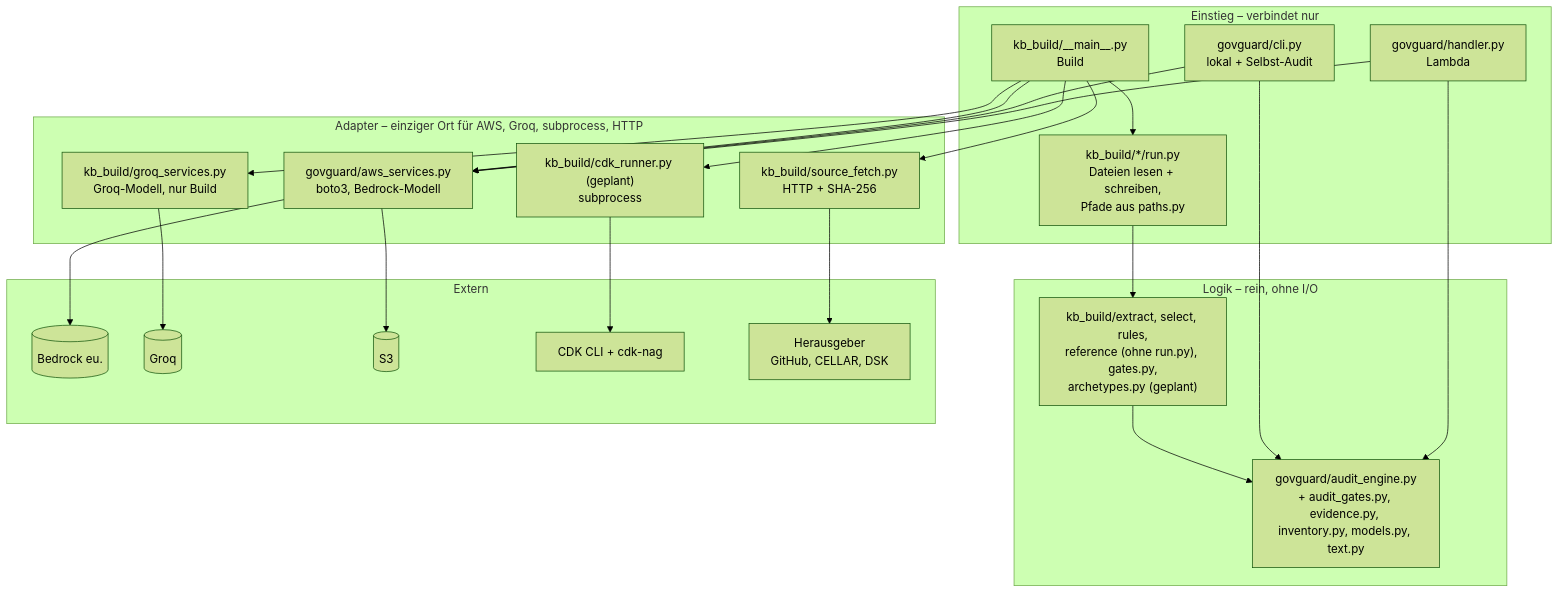
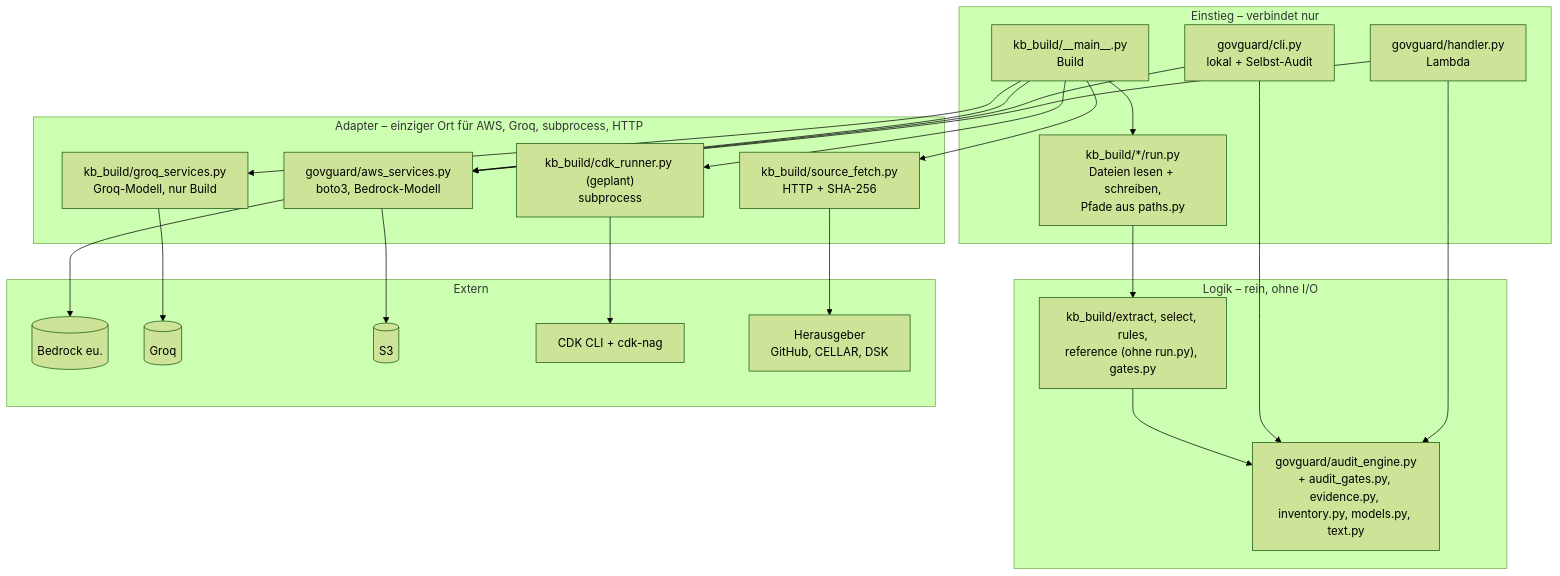
The fourth of 4 diagrams in docs/ARCHITECTURE.md (Daniel74/GovGuard), drawn with Mermaid (forest theme) before and after one commit. The commit also changed other lines of this file and 8 other files, not shown here.

````diff
--- a/docs/ARCHITECTURE.md
+++ b/docs/ARCHITECTURE.md
@@ -258,35 +232,35 @@
 ```mermaid
 flowchart TB
   subgraph E["Einstieg – verbindet nur"]
     H["govguard/handler.py<br/>Lambda"]
     C["govguard/cli.py<br/>lokal + Selbst-Audit"]
     M["kb_build/__main__.py<br/>Build"]
     R["kb_build/*/run.py<br/>Dateien lesen + schreiben,<br/>Pfade aus paths.py"]
   end
   subgraph L["Logik – rein, ohne I/O"]
     AE["govguard/audit_engine.py<br/>+ audit_gates.py, evidence.py, inventory.py, models.py, text.py"]
-    KB["kb_build/extract, select, rules,<br/>reference (ohne run.py), gates.py,<br/>archetypes.py (geplant)"]
+    KB["kb_build/extract, select, rules,<br/>reference (ohne run.py), gates.py"]
   end
   subgraph A["Adapter – einziger Ort für AWS, Groq, subprocess, HTTP"]
     AWS["govguard/aws_services.py<br/>boto3, Bedrock-Modell"]
     GQ["kb_build/groq_services.py<br/>Groq-Modell, nur Build"]
     CDK["kb_build/cdk_runner.py (geplant)<br/>subprocess"]
     FE["kb_build/source_fetch.py<br/>HTTP + SHA-256"]
   end
   subgraph X["Extern"]
     B[("Bedrock eu.")]
     G[("Groq")]
     S3[("S3")]
     CL["CDK CLI + cdk-nag"]
     HG["Herausgeber<br/>GitHub, CELLAR, DSK"]
   end
   H & C --> AE
   H & C --> AWS
   M --> R --> KB
   M --> AWS & GQ & CDK & FE
   KB --> AE
   AWS --> B & S3
   GQ --> G
   CDK --> CL
   FE --> HG
 ```
````
